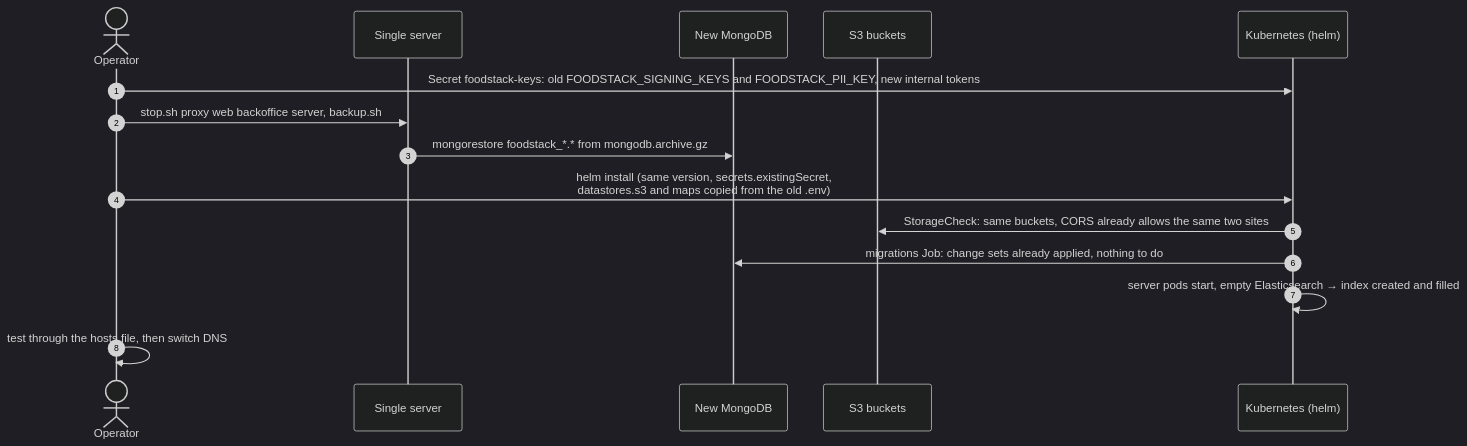
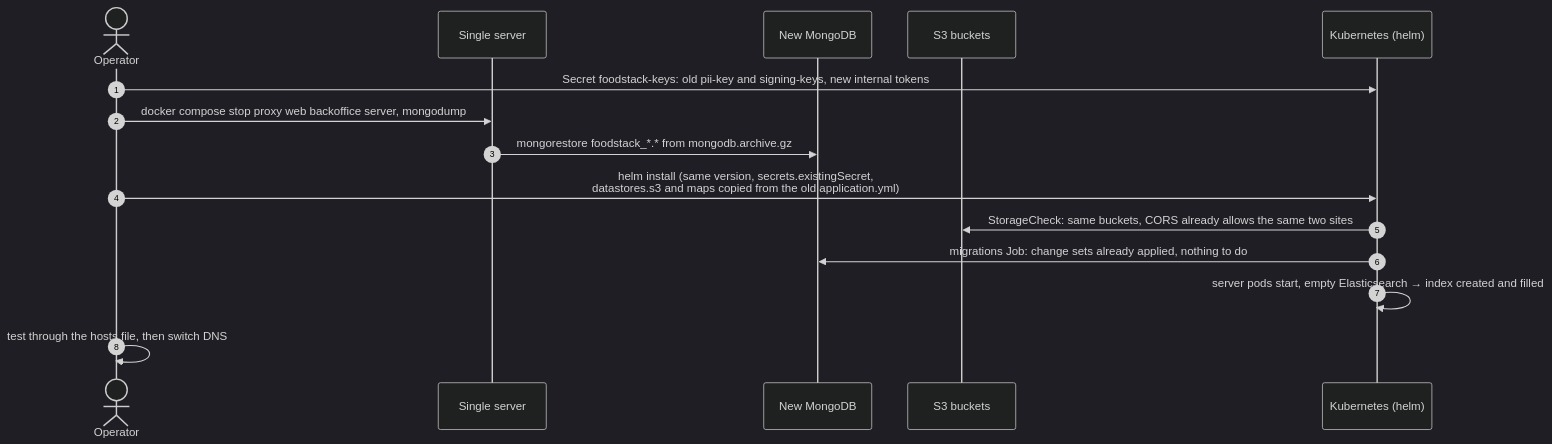
One commit to ilyaslabs/foodstack changed the third of 5 diagrams in docs/architecture/11-operations.md. Above: the diagram before and after it, drawn with Mermaid (dark theme). The commit also changed other lines of this file and 105 other files, not shown here.

First line of the commit message:
Docker Compose replaces the unit deployer; per-service settings; migration guide (#18)

````diff
--- a/docs/architecture/11-operations.md
+++ b/docs/architecture/11-operations.md
@@ -69,18 +56,18 @@
 ```mermaid
 sequenceDiagram
     autonumber
     actor Op as Operator
     participant Old as Single server
     participant NM as New MongoDB
     participant NS as S3 buckets
     participant K as Kubernetes (helm)
 
-    Op->>K: Secret foodstack-keys: old FOODSTACK_SIGNING_KEYS and FOODSTACK_PII_KEY, new internal tokens
-    Op->>Old: stop.sh proxy web backoffice server, backup.sh
+    Op->>K: Secret foodstack-keys: old pii-key and signing-keys, new internal tokens
+    Op->>Old: docker compose stop proxy web backoffice server, mongodump
     Old->>NM: mongorestore foodstack_*.* from mongodb.archive.gz
-    Op->>K: helm install (same version, secrets.existingSecret,<br/>datastores.s3 and maps copied from the old .env)
+    Op->>K: helm install (same version, secrets.existingSecret,<br/>datastores.s3 and maps copied from the old application.yml)
     K->>NS: StorageCheck: same buckets, CORS already allows the same two sites
     K->>NM: migrations Job: change sets already applied, nothing to do
     K->>K: server pods start, empty Elasticsearch → index created and filled
     Op->>Op: test through the hosts file, then switch DNS
 ```
````
